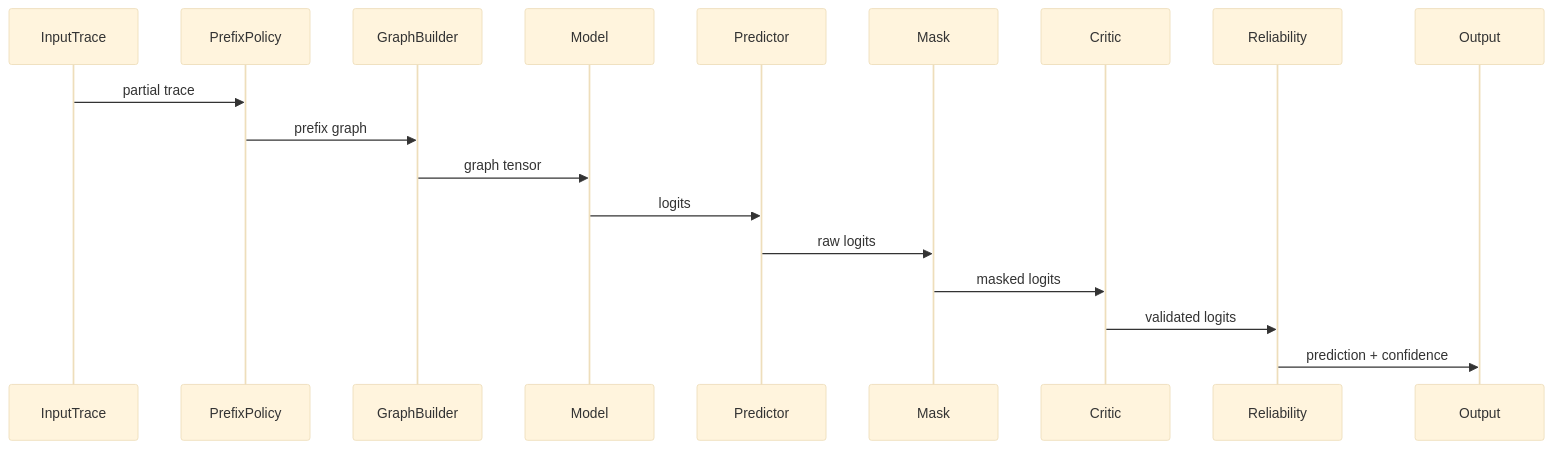
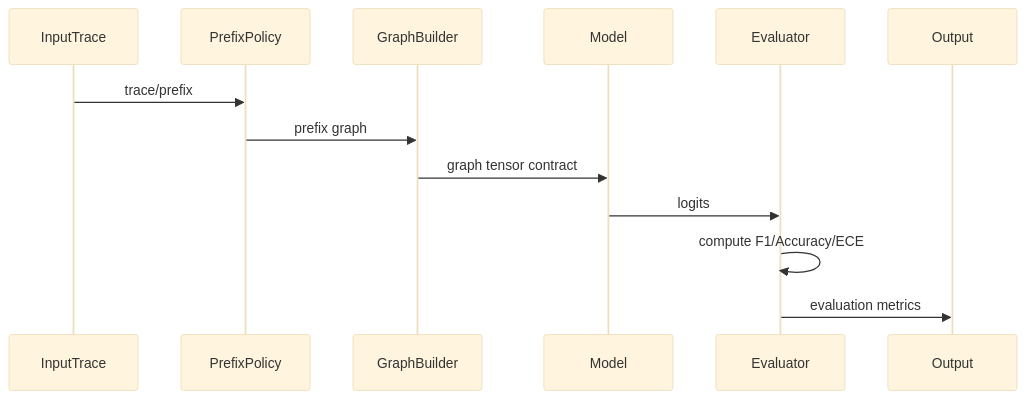
The fourth of 5 diagrams in ARCHITECTURE_MVP1.MD (ghsrg/bpm_prediction), drawn with Mermaid (base theme) before and after one commit. The commit also changed other lines of this file and 20 other files, not shown here.

Commit message:
docs: restore key mermaid schemas in architecture, flows, and data model

````diff
--- a/ARCHITECTURE_MVP1.MD
+++ b/ARCHITECTURE_MVP1.MD
@@ -187,20 +142,15 @@
 ```mermaid
 sequenceDiagram
     participant InputTrace
     participant PrefixPolicy
     participant GraphBuilder
     participant Model
-    participant Predictor
-    participant Mask
-    participant Critic
-    participant Reliability
+    participant Evaluator
 
-    InputTrace->>PrefixPolicy: partial trace
+    InputTrace->>PrefixPolicy: trace/prefix
     PrefixPolicy->>GraphBuilder: prefix graph
-    GraphBuilder->>Model: graph tensor
-    Model->>Predictor: logits
-    Predictor->>Mask: raw logits
-    Mask->>Critic: masked logits
-    Critic->>Reliability: validated logits
-    Reliability->>Output: prediction + confidence
+    GraphBuilder->>Model: graph tensor contract
+    Model->>Evaluator: logits
+    Evaluator->>Evaluator: compute F1/Accuracy/ECE
+    Evaluator->>Output: evaluation metrics
 ```
````
